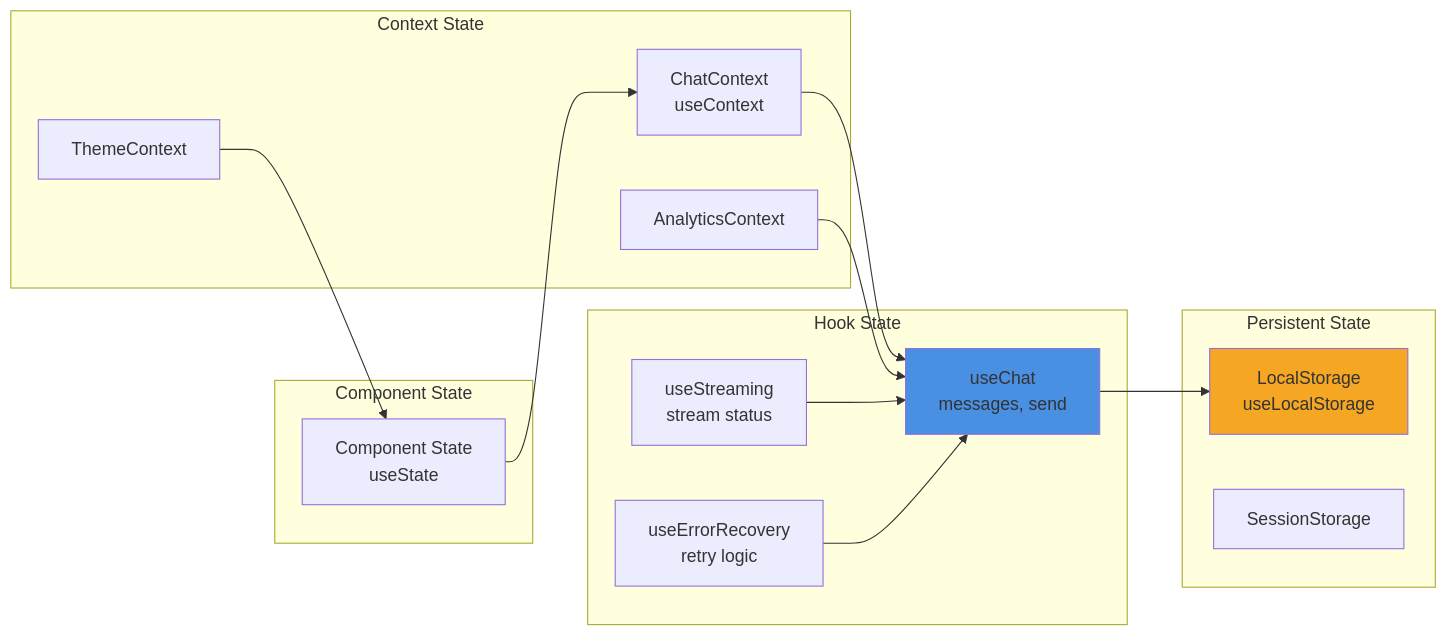
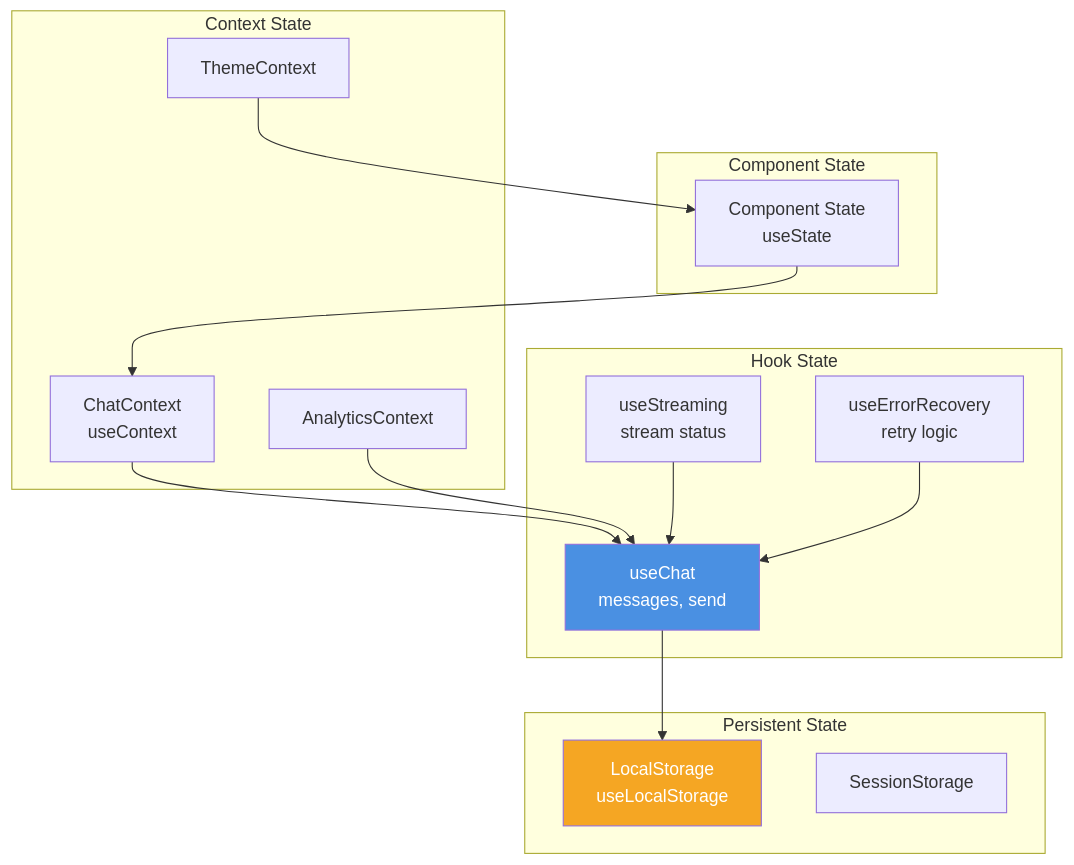
Before and after one commit to christireid/Clarity-ai-chat-components: the sixth of 19 diagrams in docs/architecture/overview.md, drawn with Mermaid. The commit also changed other lines of this file and 12 other files, not shown here.

First line of the commit message:
docs: enhance all documentation with 138 comprehensive diagrams

````diff
--- a/docs/architecture/overview.md
+++ b/docs/architecture/overview.md
@@ -216,34 +316,34 @@
 ```mermaid
-graph LR
+graph TB
     subgraph "Component State"
         LOCAL[Component State<br/>useState]
     end
     
     subgraph "Context State"
         CHAT[ChatContext<br/>useContext]
         THEME[ThemeContext]
         ANALYTICS[AnalyticsContext]
     end
     
     subgraph "Hook State"
         USECHAT[useChat<br/>messages, send]
         USESTREAM[useStreaming<br/>stream status]
         USEERROR[useErrorRecovery<br/>retry logic]
     end
     
     subgraph "Persistent State"
         LOCALSTORAGE[LocalStorage<br/>useLocalStorage]
         SESSIONSTORAGE[SessionStorage]
     end
     
     LOCAL --> CHAT
     CHAT --> USECHAT
     USECHAT --> LOCALSTORAGE
     THEME --> LOCAL
     ANALYTICS --> USECHAT
     USESTREAM --> USECHAT
     USEERROR --> USECHAT
 
-    style USECHAT fill:#4A90E2
-    style LOCALSTORAGE fill:#F5A623
+    style USECHAT fill:#4A90E2,color:#fff
+    style LOCALSTORAGE fill:#F5A623,color:#fff
 ```
````
